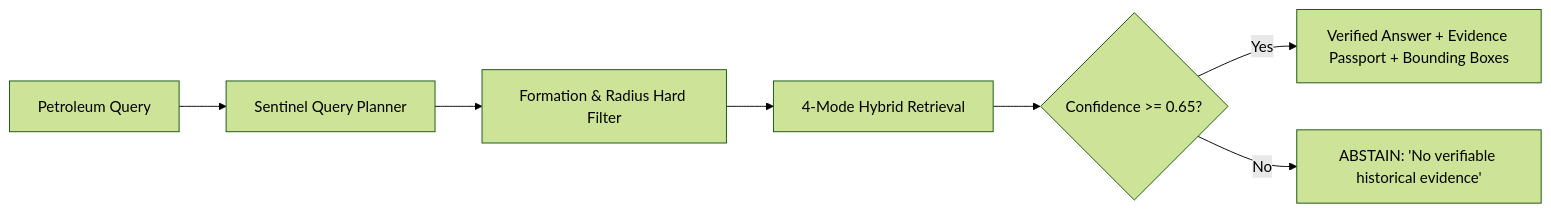
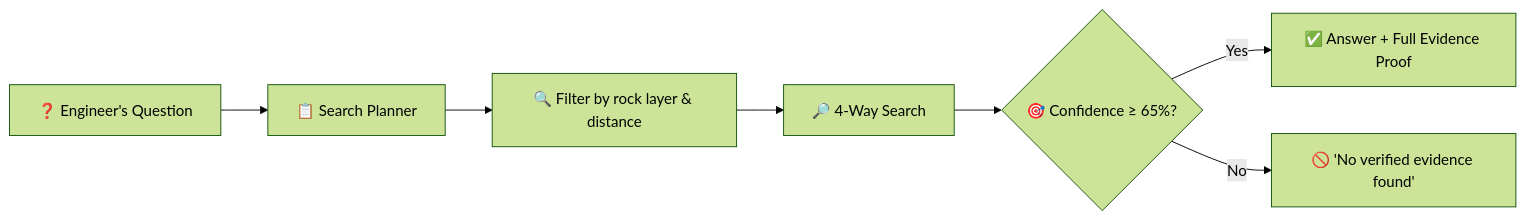
The fourth of 4 diagrams in README.md (Arjundas08/eRTMAC-NWIS), drawn with Mermaid (forest theme) before and after one commit. The commit also changed other lines of this file, not shown here.

````diff
--- a/README.md
+++ b/README.md
@@ -143,9 +193,9 @@
 ```mermaid
 flowchart LR
-    Q["Petroleum Query"] --> Planner["Sentinel Query Planner"]
-    Planner --> Filter["Formation & Radius Hard Filter"]
-    Filter --> Search["4-Mode Hybrid Retrieval"]
-    Search --> Check{"Confidence >= 0.65?"}
-    Check -- Yes --> Answer["Verified Answer + Evidence Passport + Bounding Boxes"]
-    Check -- No --> Abstain["ABSTAIN: 'No verifiable historical evidence'"]
+    Q["❓ Engineer's Question"] --> Plan["📋 Search Planner"]
+    Plan --> Filter["🔍 Filter by rock layer & distance"]
+    Filter --> Search["🔎 4-Way Search"]
+    Search --> Check{"🎯 Confidence ≥ 65%?"}
+    Check -- Yes --> Answer["✅ Answer + Full Evidence Proof"]
+    Check -- No --> Silent["🚫 'No verified evidence found'"]
 ```
````
